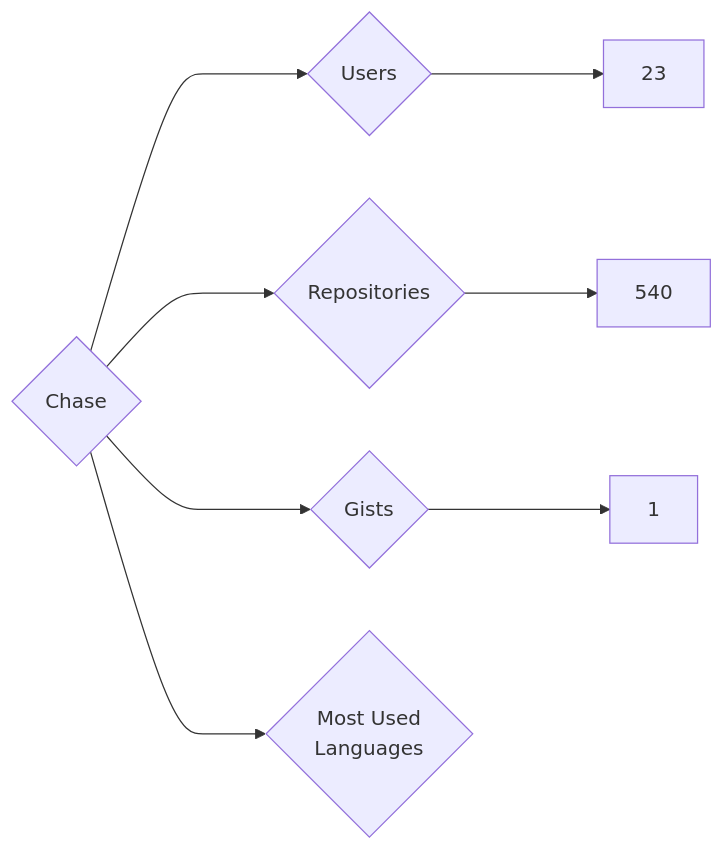
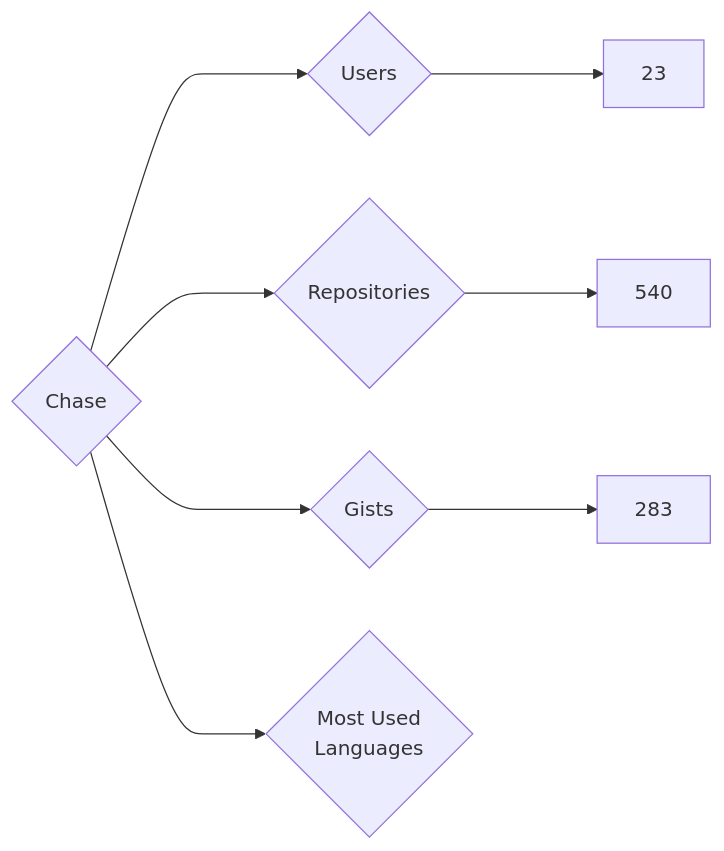
One commit to nenadzaric/insiders changed the diagram in targets/Chase/README.md. Above: the diagram before and after it, drawn with Mermaid. The commit also changed 1342 other files, not shown here.

````diff
--- a/targets/Chase/README.md
+++ b/targets/Chase/README.md
@@ -3,8 +3,8 @@
 ```mermaid
 graph LR
 COMPANY_NAME{Chase}
 COMPANY_NAME ---> U{Users} ---> UN[23]
 COMPANY_NAME ---> R{Repositories} ---> RN[540]
-COMPANY_NAME ---> G{Gists} ---> GN[1]
+COMPANY_NAME ---> G{Gists} ---> GN[283]
 COMPANY_NAME ---> ML{Most Used<br>Languages}
 ```
````
